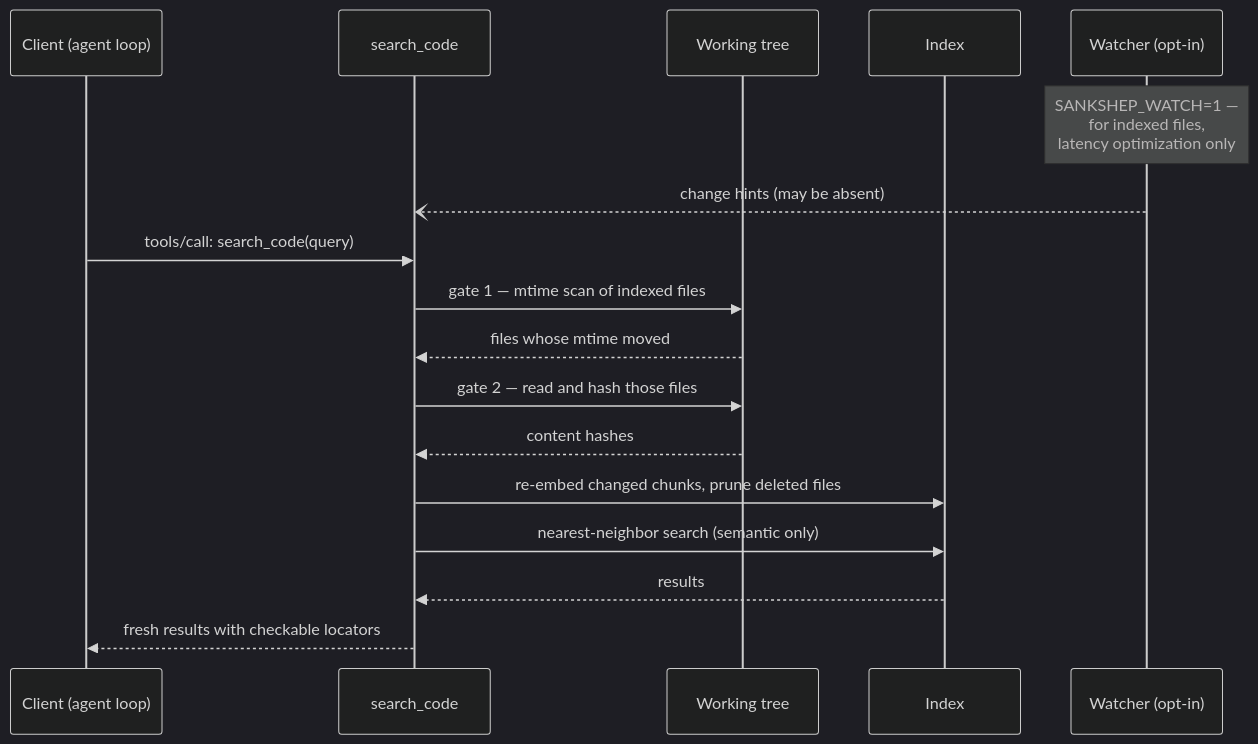
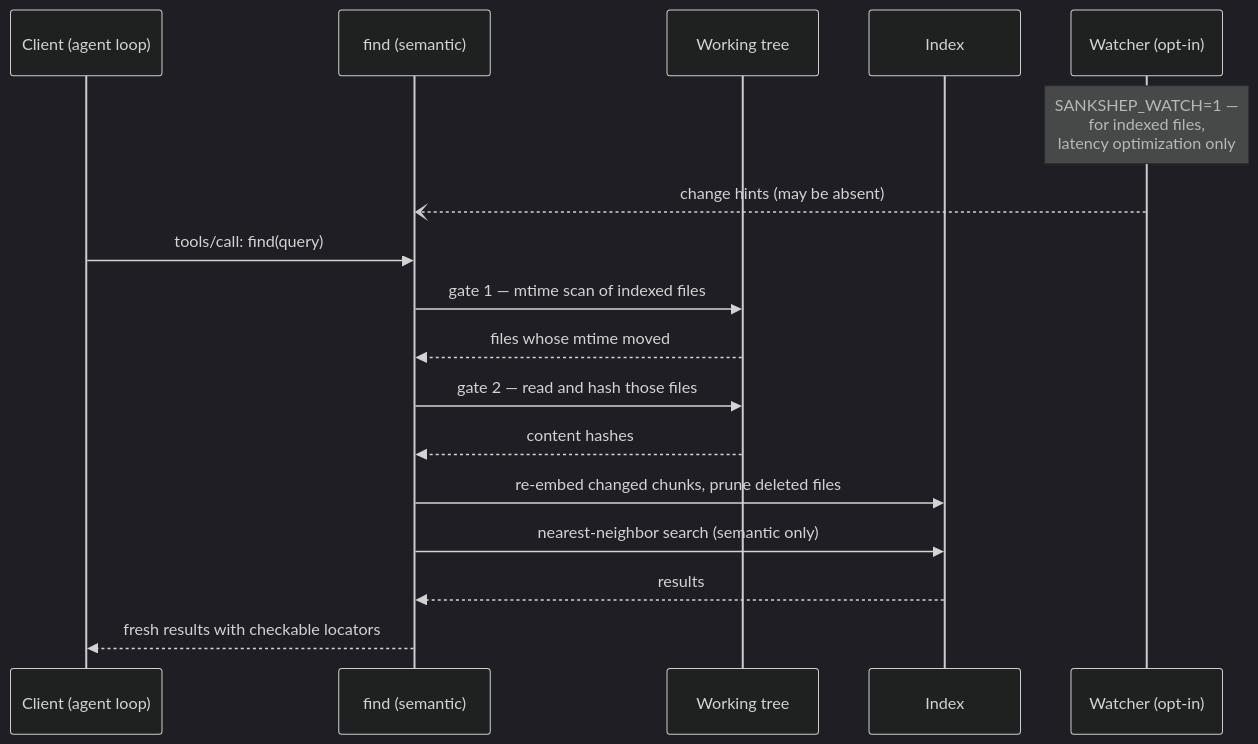
Before and after one commit to nitinpawar28/AI-learn: the diagram in docs/part5-capstone/case-verify-on-read.md, drawn with Mermaid (dark theme). The commit also changed other lines of this file and 29 other files, not shown here.

````diff
--- a/docs/part5-capstone/case-verify-on-read.md
+++ b/docs/part5-capstone/case-verify-on-read.md
@@ -50,19 +50,19 @@
 ```mermaid
 sequenceDiagram
     participant C as Client (agent loop)
-    participant T as search_code
+    participant T as find (semantic)
     participant W as Working tree
     participant I as Index
     participant FW as Watcher (opt-in)
     Note over FW: SANKSHEP_WATCH=1 —<br/>for indexed files,<br/>latency optimization only
     FW--)T: change hints (may be absent)
-    C->>T: tools/call: search_code(query)
+    C->>T: tools/call: find(query)
     T->>W: gate 1 — mtime scan of indexed files
     W-->>T: files whose mtime moved
     T->>W: gate 2 — read and hash those files
     W-->>T: content hashes
     T->>I: re-embed changed chunks, prune deleted files
     T->>I: nearest-neighbor search (semantic only)
     I-->>T: results
     T-->>C: fresh results with checkable locators
 ```
````
